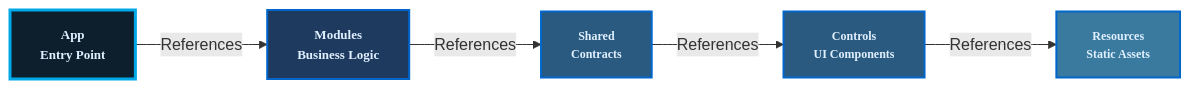
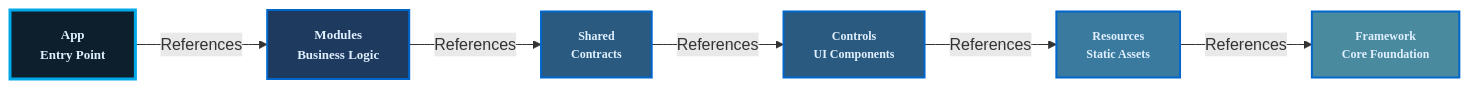
The diagram in README-en.md (ViewSuSu/NarakaBladepoint-WPF), drawn with Mermaid before and after one commit. The commit also changed 1 other file, not shown here.

````diff
--- a/README-en.md
+++ b/README-en.md
@@ -92,19 +92,23 @@
 ```mermaid
 graph LR
     App["<b>App</b><br/>Entry Point"]
     Modules["<b>Modules</b><br/>Business Logic"]
     Shared["<b>Shared</b><br/>Contracts"]
     Controls["<b>Controls</b><br/>UI Components"]
     Resources["<b>Resources</b><br/>Static Assets"]
+    Framework["<b>Framework</b><br/>Core Foundation"]
     
     App -->|References| Modules
     Modules -->|References| Shared
     Shared -->|References| Controls
     Controls -->|References| Resources
+    Resources -->|References| Framework
     
     style App fill:#0d1f2d,stroke:#00a8e8,stroke-width:3px,color:#e0f0ff,font-family:Monaco,font-size:13px,font-weight:bold
     style Modules fill:#1e3a5f,stroke:#0066cc,stroke-width:2px,color:#e0f0ff,font-family:Monaco,font-size:13px,font-weight:bold
     style Shared fill:#2a5a7f,stroke:#0066cc,stroke-width:2px,color:#e0f0ff,font-family:Monaco,font-size:12px,font-weight:bold
     style Controls fill:#2a5a7f,stroke:#0066cc,stroke-width:2px,color:#e0f0ff,font-family:Monaco,font-size:12px,font-weight:bold
     style Resources fill:#3a7a9f,stroke:#0066cc,stroke-width:2px,color:#e0f0ff,font-family:Monaco,font-size:12px,font-weight:bold
+    style Framework fill:#4a8a9f,stroke:#0066cc,stroke-width:2px,color:#e0f0ff,font-family:Monaco,font-size:12px,font-weight:bold
+
 ```
````
